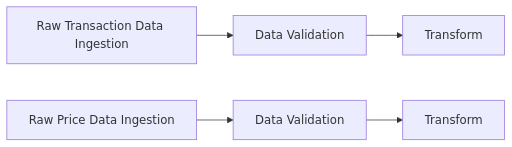
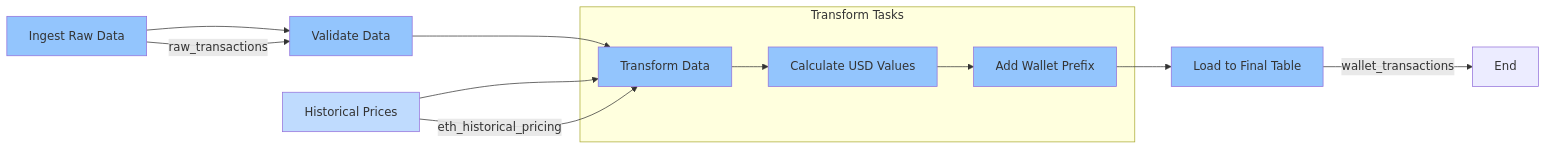
The second of 2 diagrams in README.md (tripodoreo/ae_capstone_project), drawn with Mermaid before and after one commit.

````diff
--- a/README.md
+++ b/README.md
@@ -124,9 +124,28 @@
 ```mermaid
 graph LR
-    A[Raw Transaction Data Ingestion] --> B[Data Validation]
-    B --> C[Transform]
-
-    D[Raw Price Data Ingestion] --> E[Data Validation]
-    E --> F[Transform]
+    A[Ingest Raw Data] --> B[Validate Data]
+    B --> C[Transform Data]
+    D[Historical Prices] --> C
+    
+    subgraph Transform Tasks
+    C --> E[Calculate USD Values]
+    E --> F[Add Wallet Prefix]
+    end
+    
+    F --> G[Load to Final Table]
+    
+    %% Add descriptions
+    A --> |"raw_transactions"| B
+    D --> |"eth_historical_pricing"| C
+    G --> |"wallet_transactions"| H[End]
+    
+    %% Style nodes
+    style A fill:#93c5fd
+    style B fill:#93c5fd
+    style C fill:#93c5fd
+    style D fill:#bfdbfe
+    style E fill:#93c5fd
+    style F fill:#93c5fd
+    style G fill:#93c5fd
     
 ```
````
